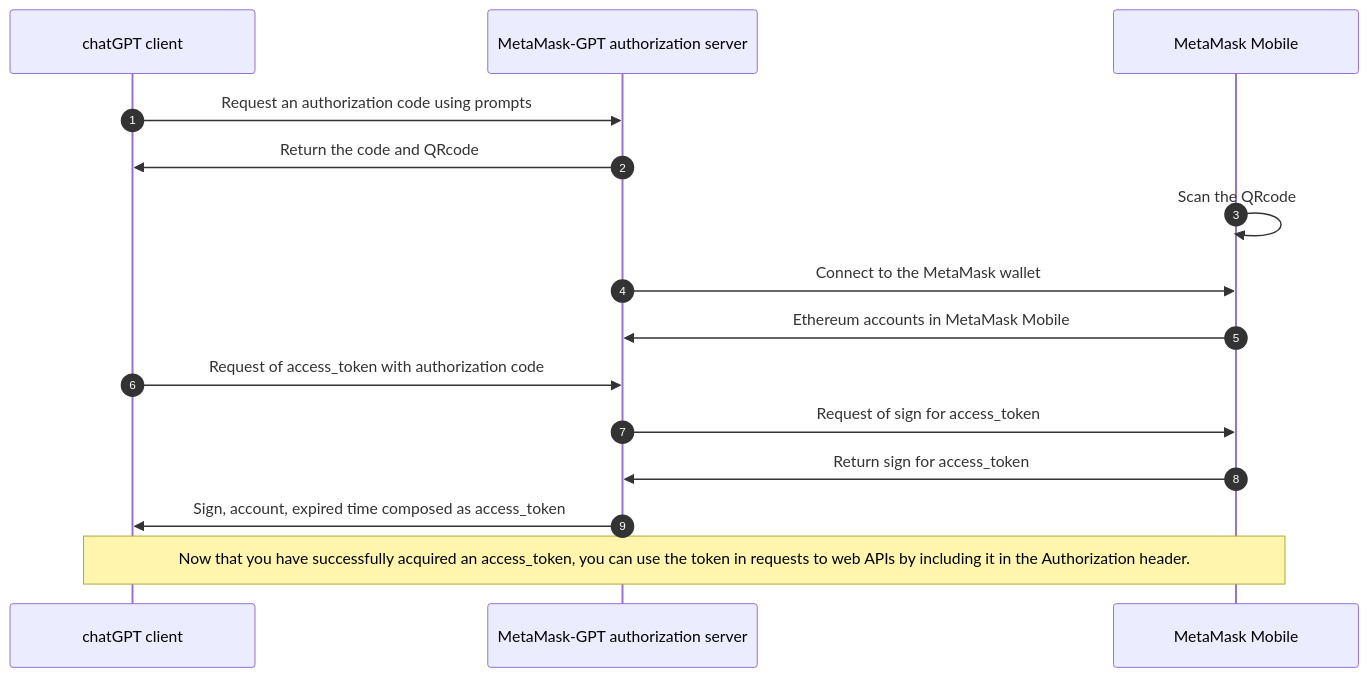
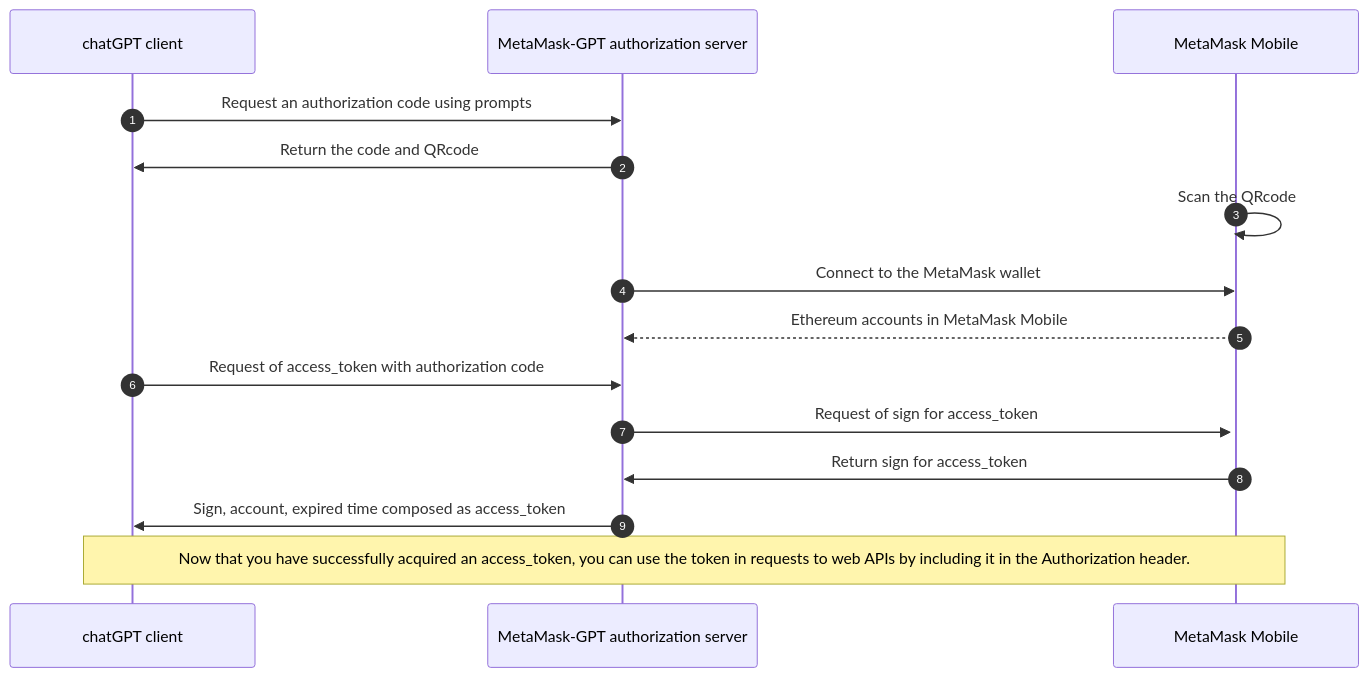
One commit to TheBestOrNothing/thebestornothing.github.io changed the diagram in website/docs/metamaskGPT/connect.mdx. Above: the diagram before and after it, drawn with Mermaid. The commit also changed other lines of this file, not shown here.

````diff
--- a/website/docs/metamaskGPT/connect.mdx
+++ b/website/docs/metamaskGPT/connect.mdx
@@ -29,29 +29,30 @@
 ```mermaid
 %%{
   init: {
     'sequence': {
       'actorMargin': 100,
       'width': 250,
       'noteMargin': 15
     }
   }
 }%%
 
 sequenceDiagram
     autonumber
     participant chatGPTClient as chatGPT client
     participant MetaMask-GPTAuthServer as MetaMask-GPT authorization server
     participant MetaMaskMobile as MetaMask Mobile
 
     chatGPTClient->>MetaMask-GPTAuthServer: Request an authorization code using prompts
     MetaMask-GPTAuthServer->>chatGPTClient: Return the code and QRcode
     MetaMaskMobile->>MetaMaskMobile: Scan the QRcode 
     MetaMask-GPTAuthServer->>MetaMaskMobile: Connect to the MetaMask wallet
-    MetaMaskMobile->>MetaMask-GPTAuthServer: Ethereum accounts in MetaMask Mobile
+    activate MetaMaskMobile
+    MetaMaskMobile-->>MetaMask-GPTAuthServer: Ethereum accounts in MetaMask Mobile
     chatGPTClient->>MetaMask-GPTAuthServer: Request of access_token with authorization code
     MetaMask-GPTAuthServer->>MetaMaskMobile: Request of sign for access_token 
     MetaMaskMobile->>MetaMask-GPTAuthServer: Return sign for access_token
     MetaMask-GPTAuthServer->>chatGPTClient: Sign, account, expired time composed as access_token
     note over chatGPTClient, MetaMaskMobile: Now that you have successfully acquired an access_token, you can use the token in requests to web APIs by including it in the Authorization header.
 
 ```
````
